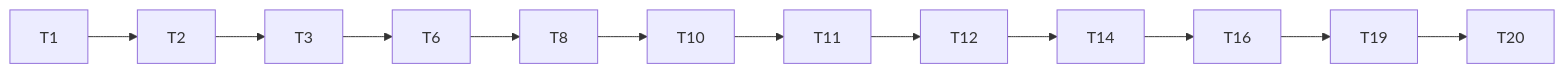
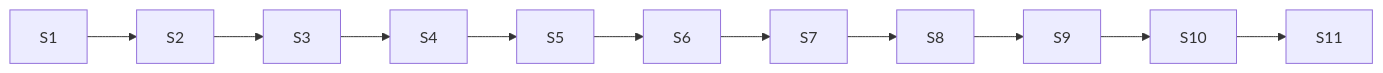
Before and after one commit to Ab-setar/af-etmart: the diagram in docs/DEVELOPMENT_ROADMAP.md, drawn with Mermaid. The commit also changed other lines of this file and 4 other files, not shown here.

````diff
--- a/docs/DEVELOPMENT_ROADMAP.md
+++ b/docs/DEVELOPMENT_ROADMAP.md
@@ -67,4 +57,4 @@
 ```mermaid
 flowchart LR
-  T1 --> T2 --> T3 --> T6 --> T8 --> T10 --> T11 --> T12 --> T14 --> T16 --> T19 --> T20
+  S1 --> S2 --> S3 --> S4 --> S5 --> S6 --> S7 --> S8 --> S9 --> S10 --> S11
 ```
````
